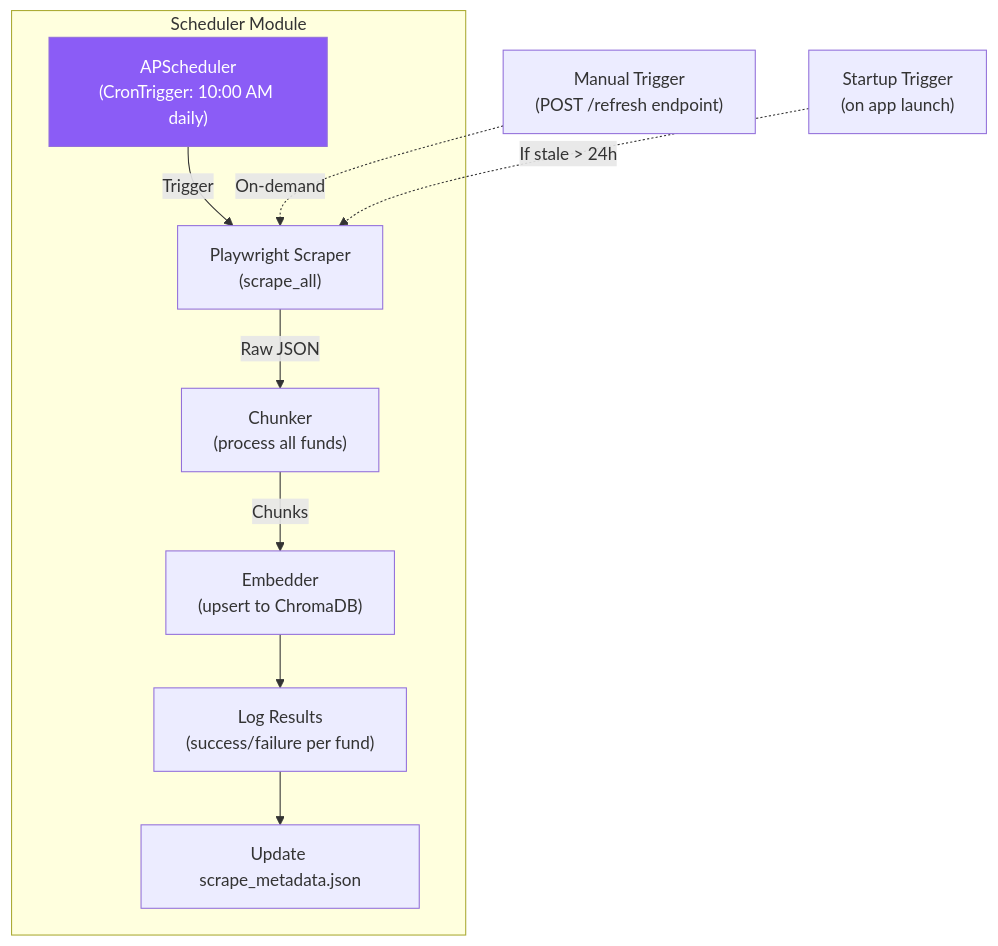
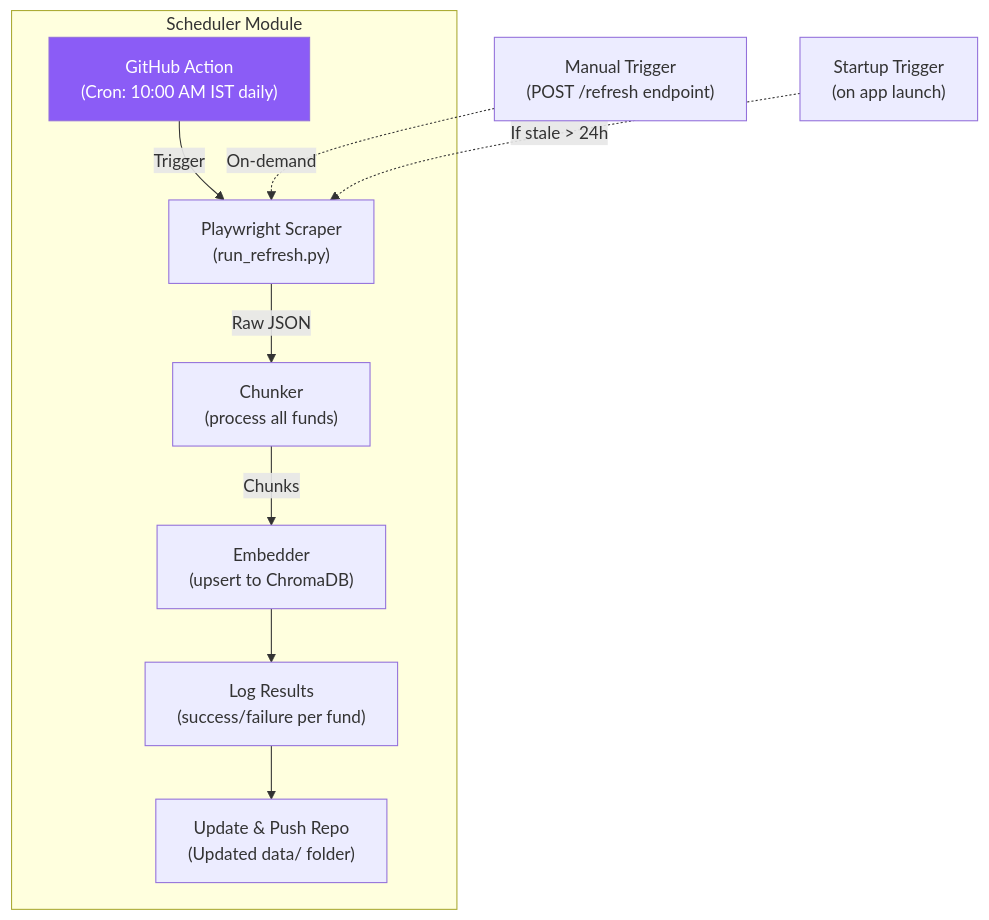
The fourth of 6 diagrams in Architecture.md (terse2103/RAG-based-Mutual-Fund-FAQ-Chatbot), drawn with Mermaid before and after one commit. The commit also changed other lines of this file and 5 other files, not shown here.

````diff
--- a/Architecture.md
+++ b/Architecture.md
@@ -683,15 +683,15 @@
 ```mermaid
 flowchart TB
     subgraph "Scheduler Module"
-        A["APScheduler<br/>(CronTrigger: 10:00 AM daily)"] -->|Trigger| B["Playwright Scraper<br/>(scrape_all)"]
+        A["GitHub Action<br/>(Cron: 10:00 AM IST daily)"] -->|Trigger| B["Playwright Scraper<br/>(run_refresh.py)"]
         B -->|Raw JSON| C["Chunker<br/>(process all funds)"]
         C -->|Chunks| D["Embedder<br/>(upsert to ChromaDB)"]
         D --> E["Log Results<br/>(success/failure per fund)"]
-        E --> F["Update scrape_metadata.json"]
+        E --> F["Update & Push Repo<br/>(Updated data/ folder)"]
     end
 
     G["Manual Trigger<br/>(POST /refresh endpoint)"] -.->|On-demand| B
     H["Startup Trigger<br/>(on app launch)"] -.->|If stale > 24h| B
 
     style A fill:#8b5cf6,color:#fff
 ```
````
